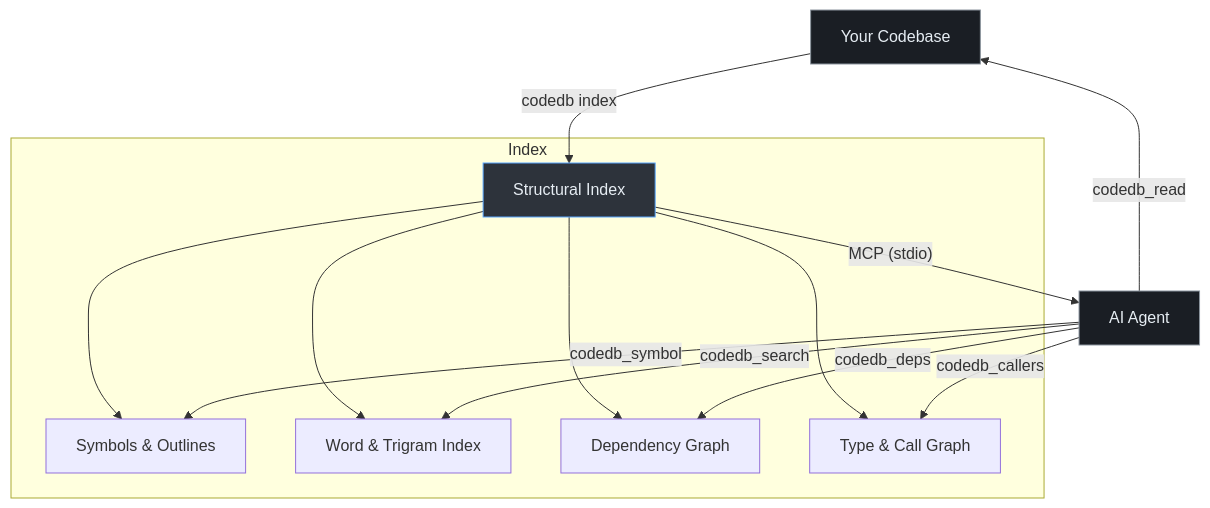
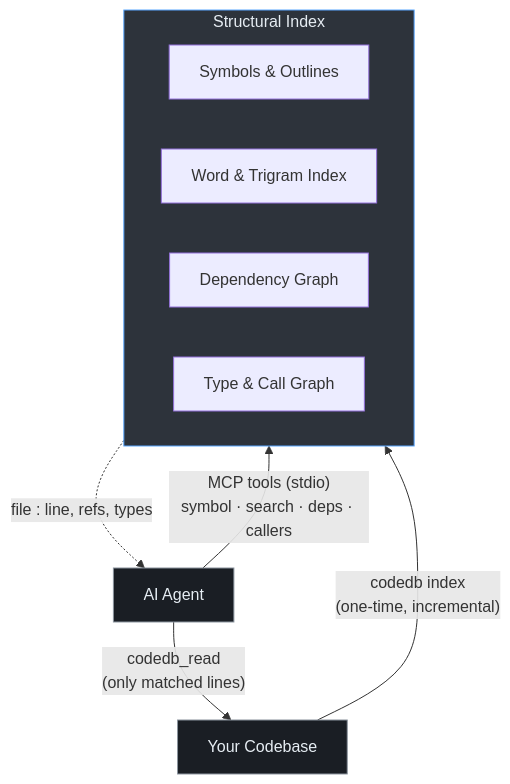
Before and after one commit to jwvolschenk/codedb: the diagram in README.md, drawn with Mermaid.

Commit message:
Updated diagram

````diff
--- a/README.md
+++ b/README.md
@@ -100,23 +100,20 @@
 ```mermaid
 flowchart TD
-    A["Your Codebase"] -->|"codedb index"| B["Structural Index"]
+    A["Your Codebase"] -->|"codedb index<br/>(one-time, incremental)"| B
 
-    subgraph "Index"
-        B --> C["Symbols & Outlines"]
-        B --> D["Word & Trigram Index"]
-        B --> E["Dependency Graph"]
-        B --> F["Type & Call Graph"]
+    subgraph B["Structural Index"]
+        direction LR
+        C["Symbols & Outlines"]
+        D["Word & Trigram Index"]
+        E["Dependency Graph"]
+        F["Type & Call Graph"]
     end
 
-    B -->|"MCP (stdio)"| G["AI Agent"]
-
-    G -->|"codedb_symbol"| C
-    G -->|"codedb_search"| D
-    G -->|"codedb_deps"| E
-    G -->|"codedb_callers"| F
-    G -->|"codedb_read"| A
+    G["AI Agent"] -->|"MCP tools (stdio)<br/>symbol · search · deps · callers"| B
+    B -.->|"file : line, refs, types"| G
+    G -->|"codedb_read<br/>(only matched lines)"| A
 
     style B fill:#2d333b,stroke:#58a6ff,color:#e6edf3
     style A fill:#1a1e24,stroke:#8b949e,color:#e6edf3
     style G fill:#1a1e24,stroke:#8b949e,color:#e6edf3
 ```
````
